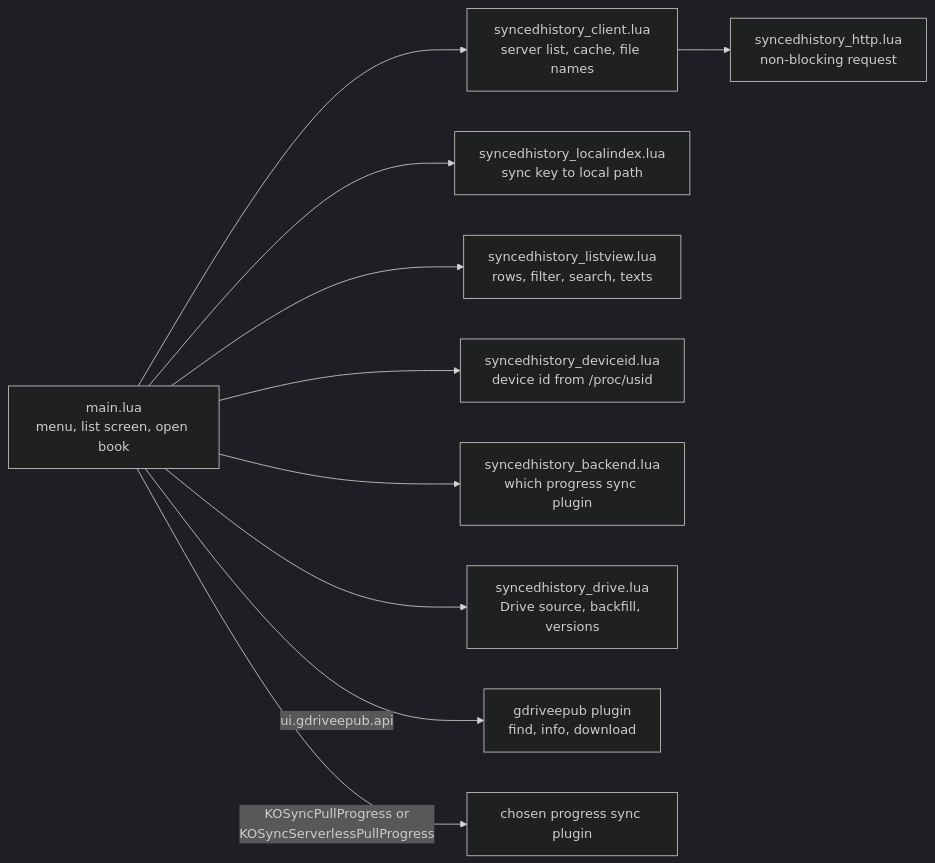
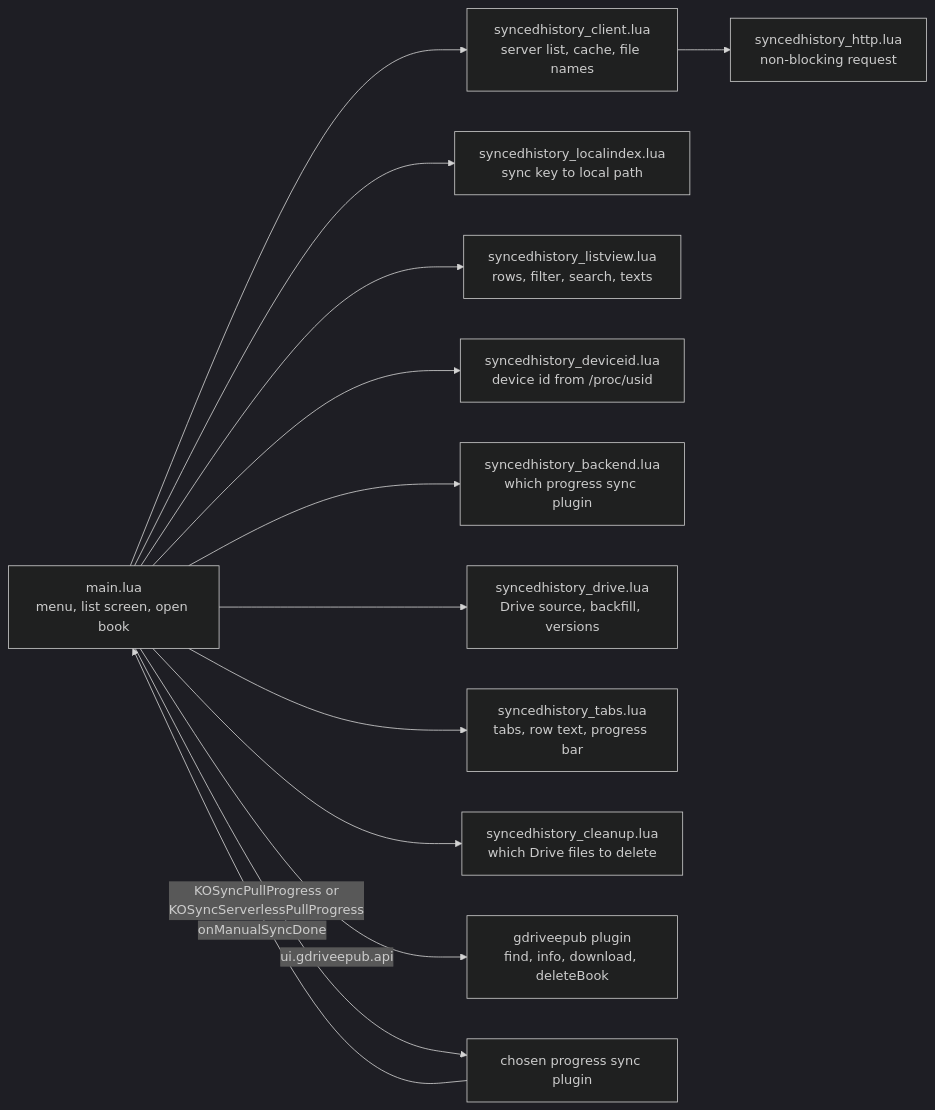
One commit to luutuankiet/koreader-ppw3 changed the first of 2 diagrams in docs/architecture/synced-reading-list.md. Above: the diagram before and after it, drawn with Mermaid (dark theme). The commit also changed other lines of this file and 2 other files, not shown here.

Commit message:
Document tabs, Drive cleanup and the backfill skip in the synced reading list

````diff
--- a/docs/architecture/synced-reading-list.md
+++ b/docs/architecture/synced-reading-list.md
@@ -11,12 +11,15 @@
 ```mermaid
 flowchart LR
     M[main.lua<br/>menu, list screen, open book] --> C[syncedhistory_client.lua<br/>server list, cache, file names]
     C --> H[syncedhistory_http.lua<br/>non-blocking request]
     M --> I[syncedhistory_localindex.lua<br/>sync key to local path]
     M --> V[syncedhistory_listview.lua<br/>rows, filter, search, texts]
     M --> D[syncedhistory_deviceid.lua<br/>device id from /proc/usid]
     M --> B[syncedhistory_backend.lua<br/>which progress sync plugin]
     M --> G[syncedhistory_drive.lua<br/>Drive source, backfill, versions]
-    M -->|ui.gdriveepub.api| GD[gdriveepub plugin<br/>find, info, download]
+    M --> T[syncedhistory_tabs.lua<br/>tabs, row text, progress bar]
+    M --> CL[syncedhistory_cleanup.lua<br/>which Drive files to delete]
+    M -->|ui.gdriveepub.api| GD[gdriveepub plugin<br/>find, info, download, deleteBook]
+    K -->|onManualSyncDone| M
     M -->|KOSyncPullProgress or<br/>KOSyncServerlessPullProgress| K[chosen progress sync plugin]
 ```
````
